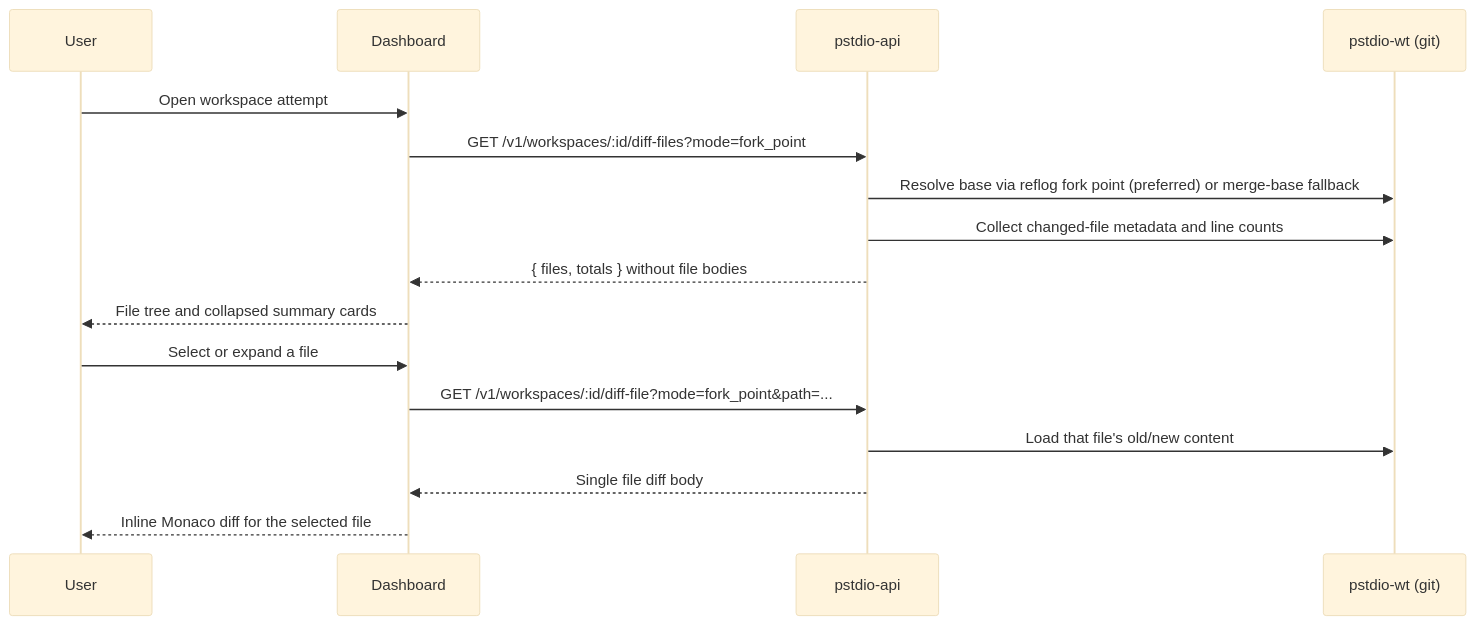
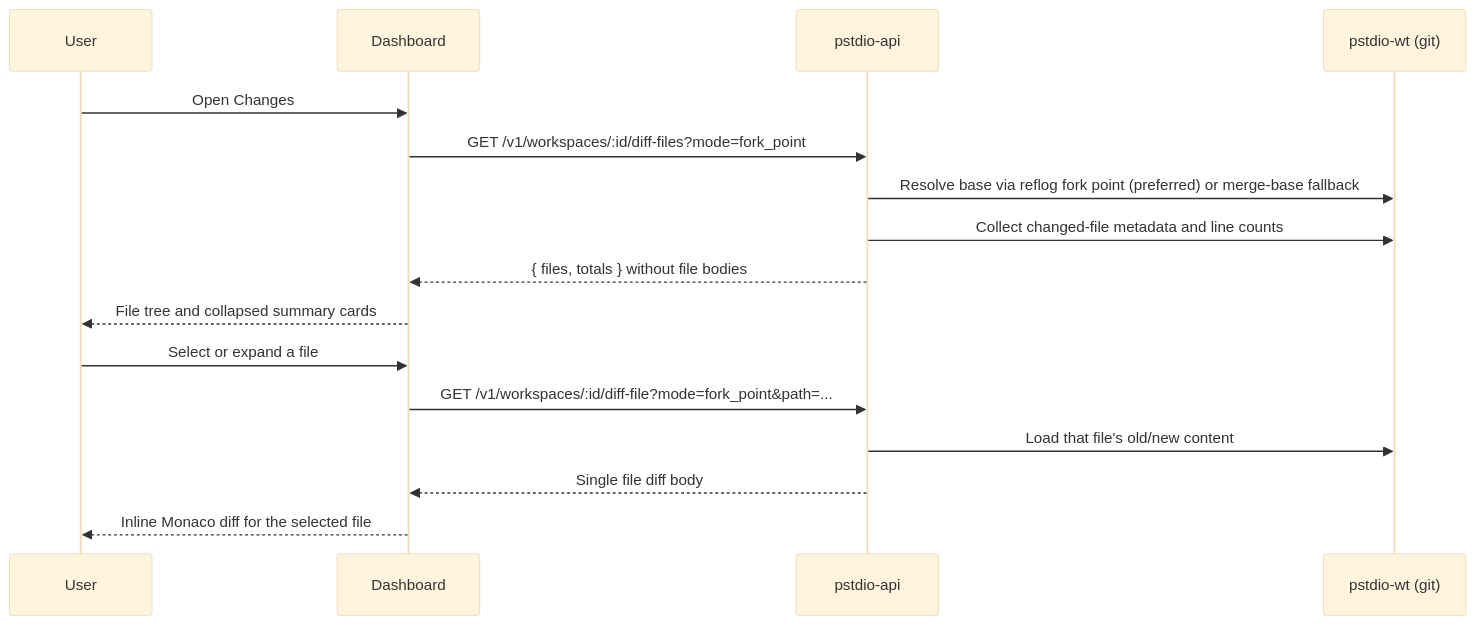
One commit to pufflyai/prompt-studio changed the diagram in documentation/references/architecture/0022-workspace-diff-presentation.md. Above: the diagram before and after it, drawn with Mermaid (base theme). The commit also changed other lines of this file and 33 other files, not shown here.

````diff
--- a/documentation/references/architecture/0022-workspace-diff-presentation.md
+++ b/documentation/references/architecture/0022-workspace-diff-presentation.md
@@ -45,19 +49,19 @@
 ```mermaid
 sequenceDiagram
   participant User
   participant Dashboard
   participant API as pstdio-api
   participant Git as pstdio-wt (git)
 
-  User->>Dashboard: Open workspace attempt
+  User->>Dashboard: Open Changes
   Dashboard->>API: GET /v1/workspaces/:id/diff-files?mode=fork_point
   API->>Git: Resolve base via reflog fork point (preferred) or merge-base fallback
   API->>Git: Collect changed-file metadata and line counts
   API-->>Dashboard: { files, totals } without file bodies
   Dashboard-->>User: File tree and collapsed summary cards
   User->>Dashboard: Select or expand a file
   Dashboard->>API: GET /v1/workspaces/:id/diff-file?mode=fork_point&path=...
   API->>Git: Load that file's old/new content
   API-->>Dashboard: Single file diff body
   Dashboard-->>User: Inline Monaco diff for the selected file
 ```
````
